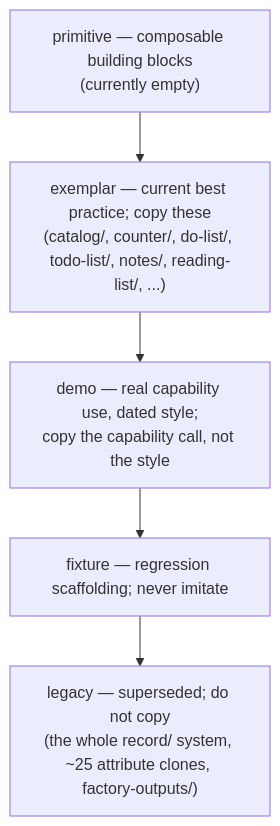
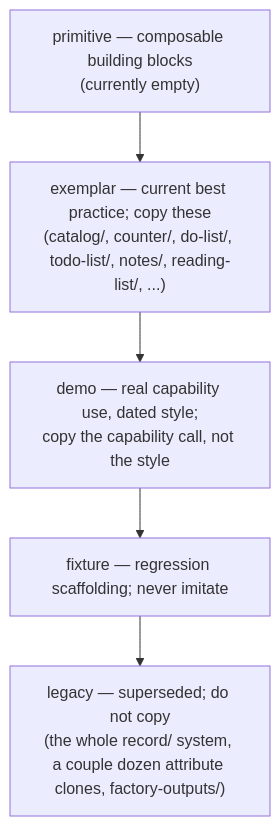
The second of 5 diagrams in docs/development/orientation/tooling-and-patterns.md (commontoolsinc/labs), drawn with Mermaid before and after one commit. The commit also changed other lines of this file and 8 other files, not shown here.

````diff
--- a/docs/development/orientation/tooling-and-patterns.md
+++ b/docs/development/orientation/tooling-and-patterns.md
@@ -45,10 +45,10 @@
 ```mermaid
 flowchart TB
     primitive["primitive — composable building blocks<br/>(currently empty)"]
     exemplar["exemplar — current best practice; copy these<br/>(catalog/, counter/, do-list/, todo-list/, notes/, reading-list/, ...)"]
     demo["demo — real capability use, dated style;<br/>copy the capability call, not the style"]
     fixture["fixture — regression scaffolding; never imitate"]
-    legacy["legacy — superseded; do not copy<br/>(the whole record/ system, ~25 attribute clones, factory-outputs/)"]
+    legacy["legacy — superseded; do not copy<br/>(the whole record/ system, a couple dozen attribute clones, factory-outputs/)"]
 
     primitive --> exemplar --> demo --> fixture --> legacy
 ```
````
